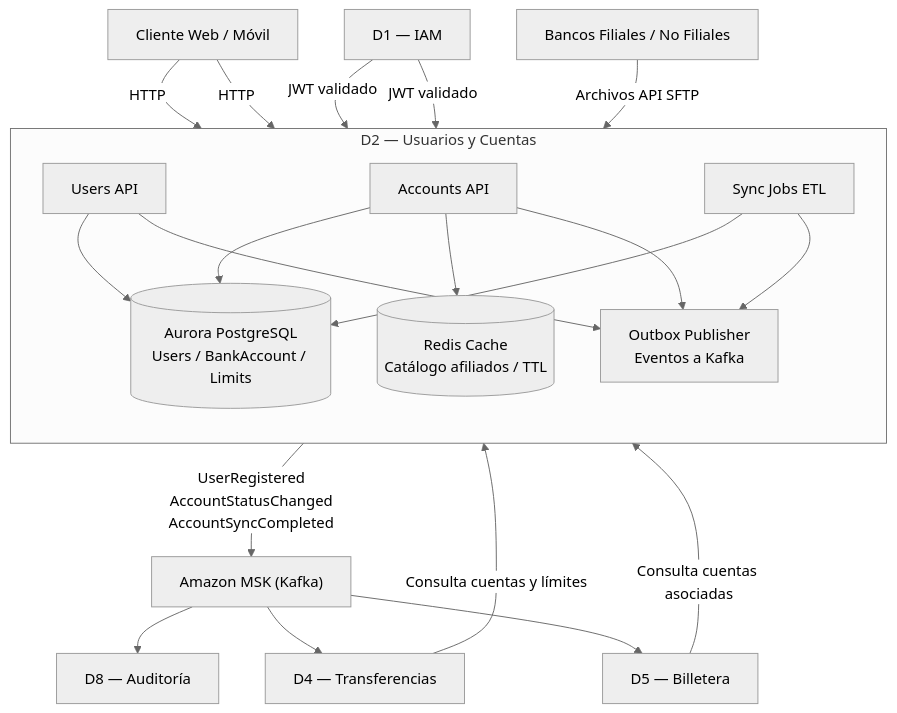
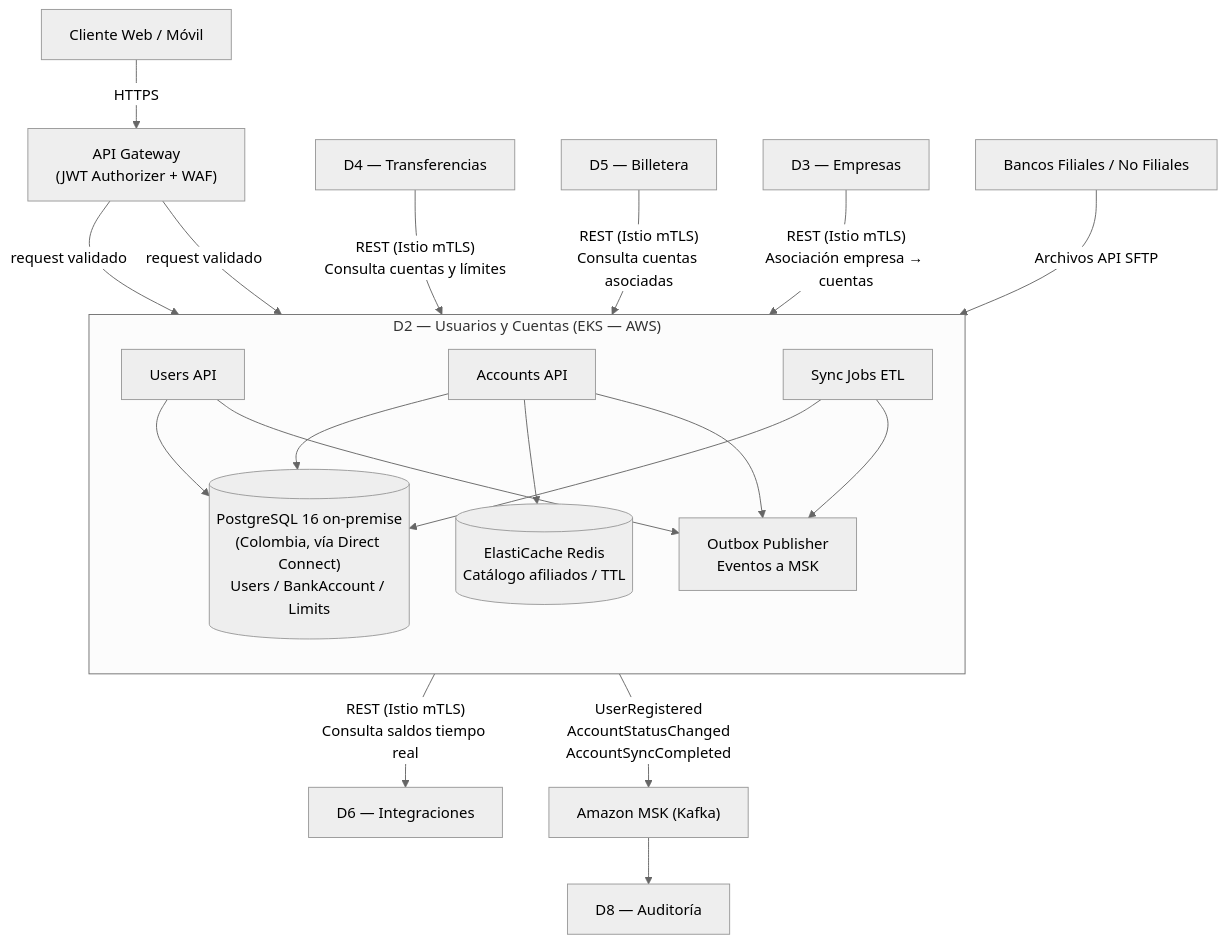
One commit to ortizSimon/GuionArquitecturas changed the second of 8 diagrams in secciones/seccion_3_diagrama.md. Above: the diagram before and after it, drawn with Mermaid (neutral theme). The commit also changed other lines of this file and 11 other files, not shown here.

````diff
--- a/secciones/seccion_3_diagrama.md
+++ b/secciones/seccion_3_diagrama.md
@@ -128,46 +128,47 @@
 ```mermaid
 graph TB
 
     Cliente["Cliente Web / Móvil"]
-    D1["D1 — IAM"]
+    APIGW["API Gateway\n(JWT Authorizer + WAF)"]
     D4["D4 — Transferencias"]
     D5["D5 — Billetera"]
+    D3["D3 — Empresas"]
+    D6["D6 — Integraciones"]
     Bancos["Bancos Filiales / No Filiales"]
 
-    subgraph D2["D2 — Usuarios y Cuentas"]
+    subgraph D2["D2 — Usuarios y Cuentas (EKS — AWS)"]
         direction TB
 
         UsersAPI["Users API"]
         AccountsAPI["Accounts API"]
         SyncJobs["Sync Jobs ETL"]
-        DB[("Aurora PostgreSQL\nUsers / BankAccount / Limits")]
-        Redis[("Redis Cache\nCatálogo afiliados / TTL")]
-        Outbox["Outbox Publisher\nEventos a Kafka"]
+        DB[("PostgreSQL 16 on-premise\n(Colombia, vía Direct Connect)\nUsers / BankAccount / Limits")]
+        Redis[("ElastiCache Redis\nCatálogo afiliados / TTL")]
+        Outbox["Outbox Publisher\nEventos a MSK"]
 
         UsersAPI --> DB
         AccountsAPI --> DB
         AccountsAPI --> Redis
         SyncJobs --> DB
         SyncJobs --> Outbox
         UsersAPI --> Outbox
         AccountsAPI --> Outbox
     end
 
     Kafka["Amazon MSK (Kafka)"]
     D8["D8 — Auditoría"]
 
-    Cliente -->|HTTP| UsersAPI
-    Cliente -->|HTTP| AccountsAPI
-    D1 -->|JWT validado| UsersAPI
-    D1 -->|JWT validado| AccountsAPI
+    Cliente -->|HTTPS| APIGW
+    APIGW -->|request validado| UsersAPI
+    APIGW -->|request validado| AccountsAPI
 
-    D4 -->|Consulta cuentas y límites| AccountsAPI
-    D5 -->|Consulta cuentas asociadas| AccountsAPI
+    D4 -->|"REST (Istio mTLS)\nConsulta cuentas y límites"| AccountsAPI
+    D5 -->|"REST (Istio mTLS)\nConsulta cuentas asociadas"| AccountsAPI
+    D3 -->|"REST (Istio mTLS)\nAsociación empresa → cuentas"| AccountsAPI
+    AccountsAPI -->|"REST (Istio mTLS)\nConsulta saldos tiempo real"| D6
 
     Bancos -->|Archivos API SFTP| SyncJobs
 
     Outbox -->|UserRegistered\nAccountStatusChanged\nAccountSyncCompleted| Kafka
     Kafka --> D8
-    Kafka --> D4
-    Kafka --> D5
 ```
````
